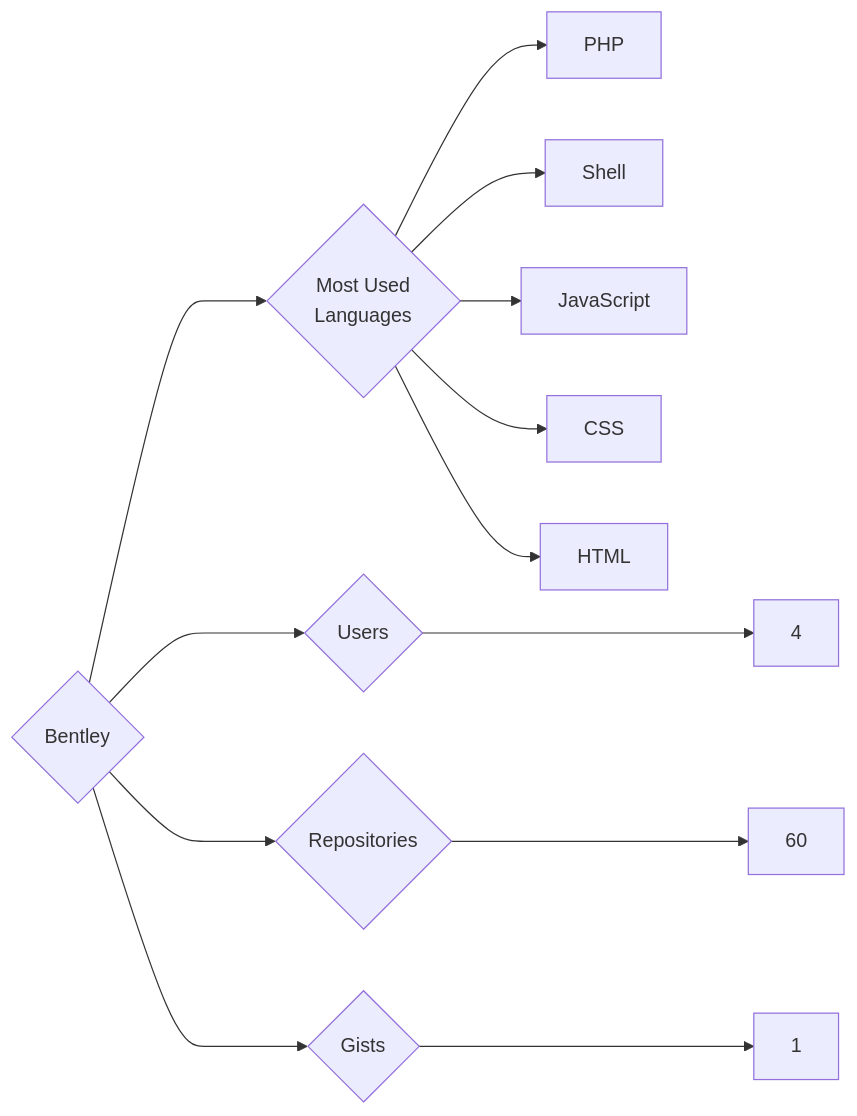
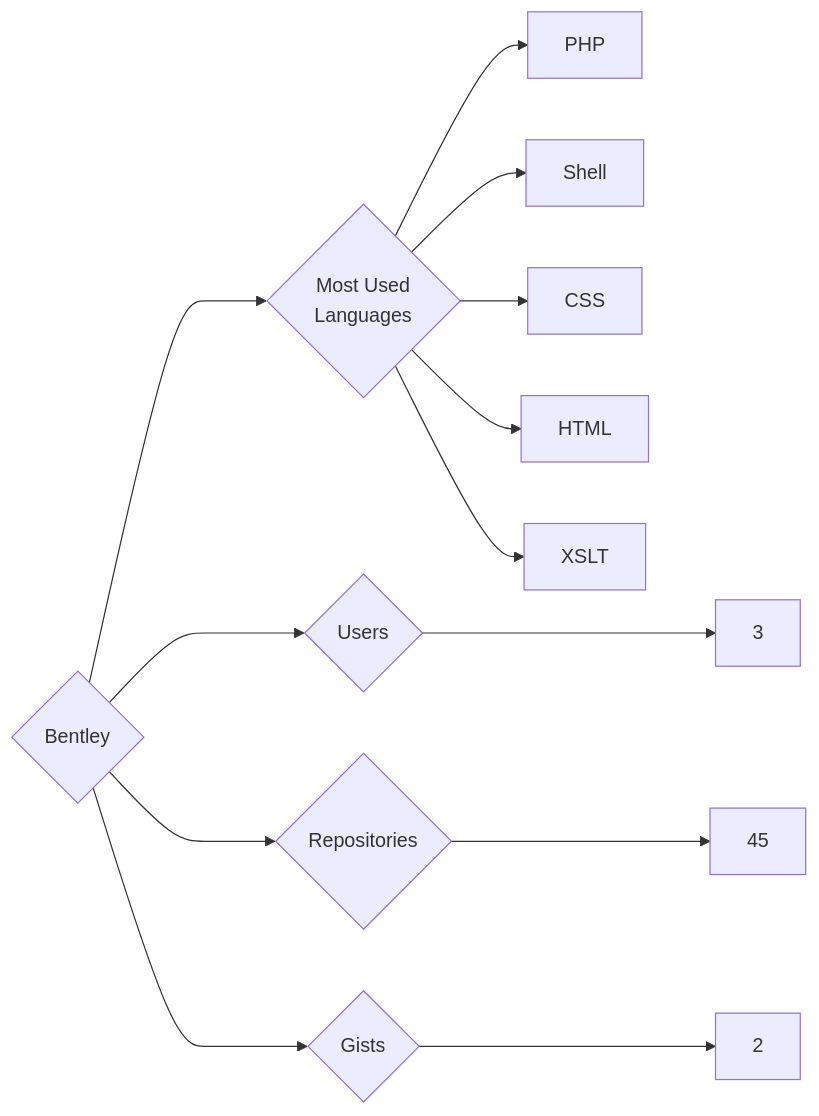
One commit to trickest/insiders changed the diagram in targets/Bentley/README.md. Above: the diagram before and after it, drawn with Mermaid. The commit also changed 776 other files, not shown here.

````diff
--- a/targets/Bentley/README.md
+++ b/targets/Bentley/README.md
@@ -3,13 +3,13 @@
 ```mermaid
 graph LR
 COMPANY_NAME{Bentley}
-COMPANY_NAME ---> U{Users} ---> UN[4]
-COMPANY_NAME ---> R{Repositories} ---> RN[60]
-COMPANY_NAME ---> G{Gists} ---> GN[1]
+COMPANY_NAME ---> U{Users} ---> UN[3]
+COMPANY_NAME ---> R{Repositories} ---> RN[45]
+COMPANY_NAME ---> G{Gists} ---> GN[2]
 COMPANY_NAME ---> ML{Most Used<br>Languages}
 ML --> PHP[PHP]
 ML --> Shell[Shell]
-ML --> JavaScript[JavaScript]
 ML --> CSS[CSS]
 ML --> HTML[HTML]
+ML --> XSLT[XSLT]
 ```
````
